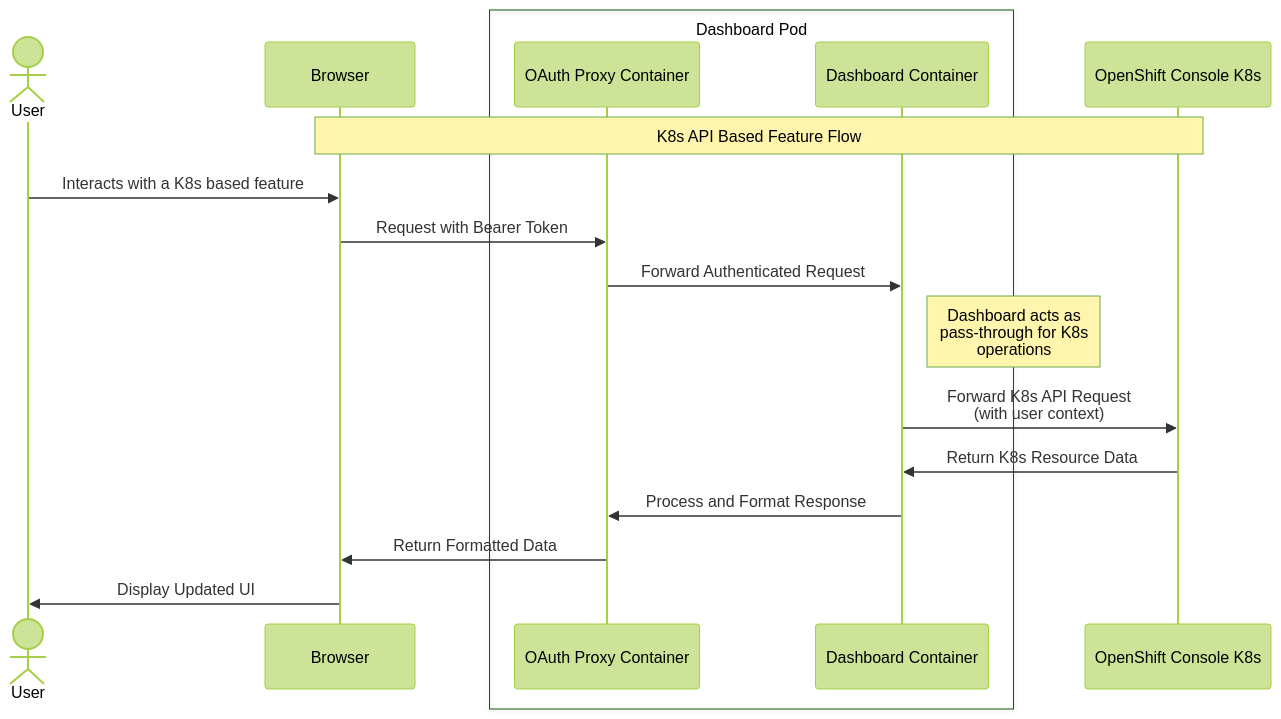
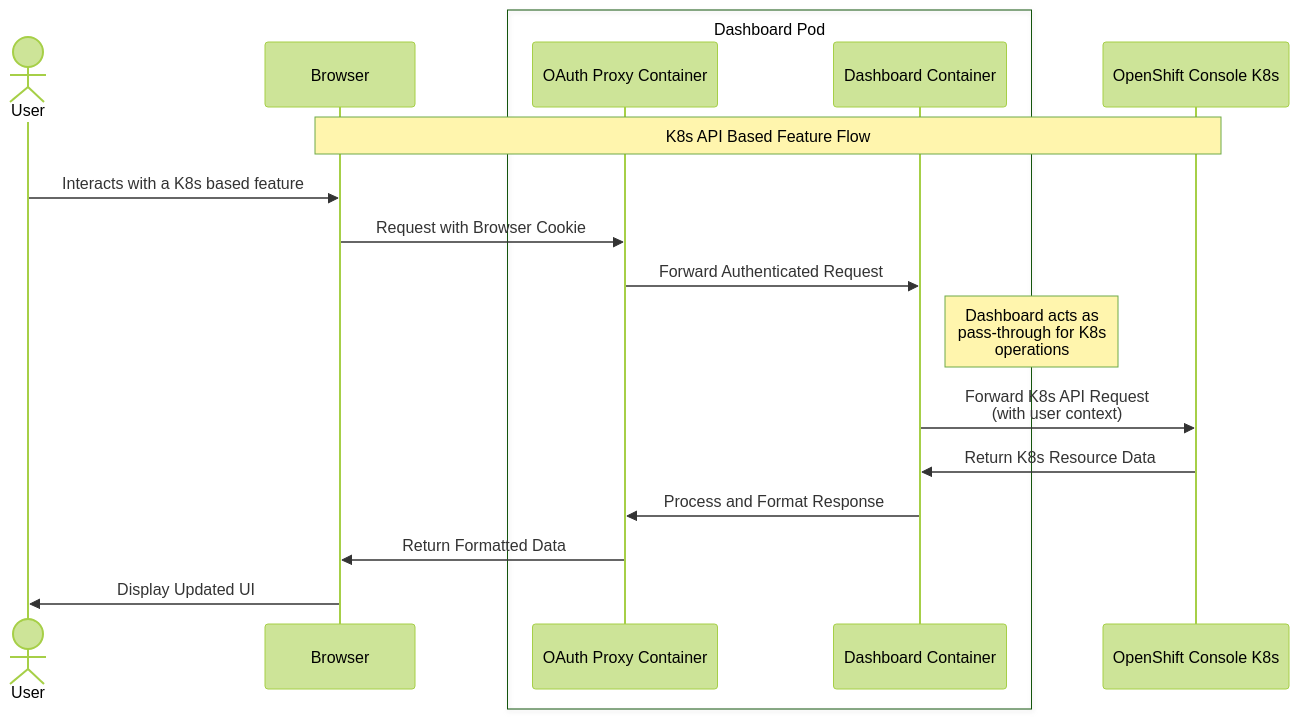
Before and after one commit to opendatahub-io/architecture-decision-records: the third of 4 diagrams in documentation/components/dashboard/README.md, drawn with Mermaid (forest theme).

````diff
--- a/documentation/components/dashboard/README.md
+++ b/documentation/components/dashboard/README.md
@@ -88,24 +88,24 @@
 ```mermaid
 sequenceDiagram
     actor User
     participant Browser
     box Dashboard Pod
     participant OAuthProxy as OAuth Proxy Container
     participant Dashboard as Dashboard Container
     end
     participant OpenShift as OpenShift Console K8s
 
     Note over Browser,OpenShift: K8s API Based Feature Flow
     
     User->>Browser: Interacts with a K8s based feature
-    Browser->>OAuthProxy: Request with Bearer Token
+    Browser->>OAuthProxy: Request with Browser Cookie
     OAuthProxy->>Dashboard: Forward Authenticated Request
     
     Note right of Dashboard: Dashboard acts as<br/>pass-through for K8s<br/>operations
     
     Dashboard->>OpenShift: Forward K8s API Request<br/>(with user context)
     OpenShift->>Dashboard: Return K8s Resource Data
     Dashboard->>OAuthProxy: Process and Format Response
     OAuthProxy->>Browser: Return Formatted Data
     Browser->>User: Display Updated UI
 ```
````
